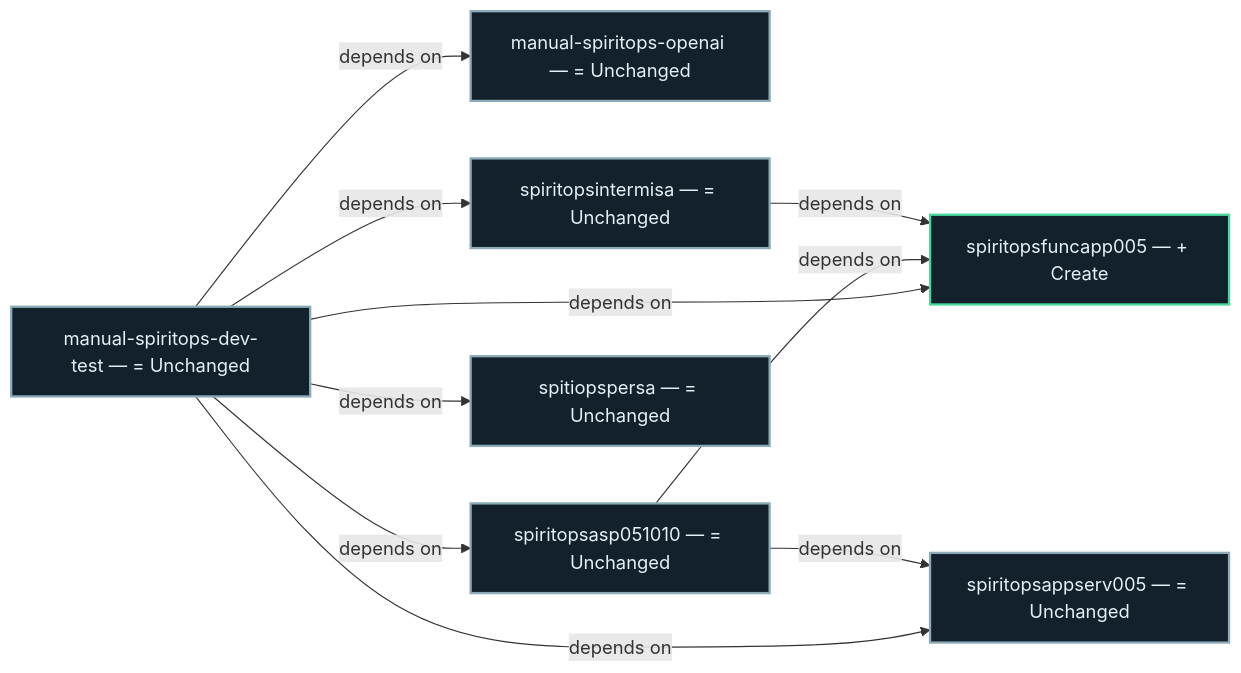
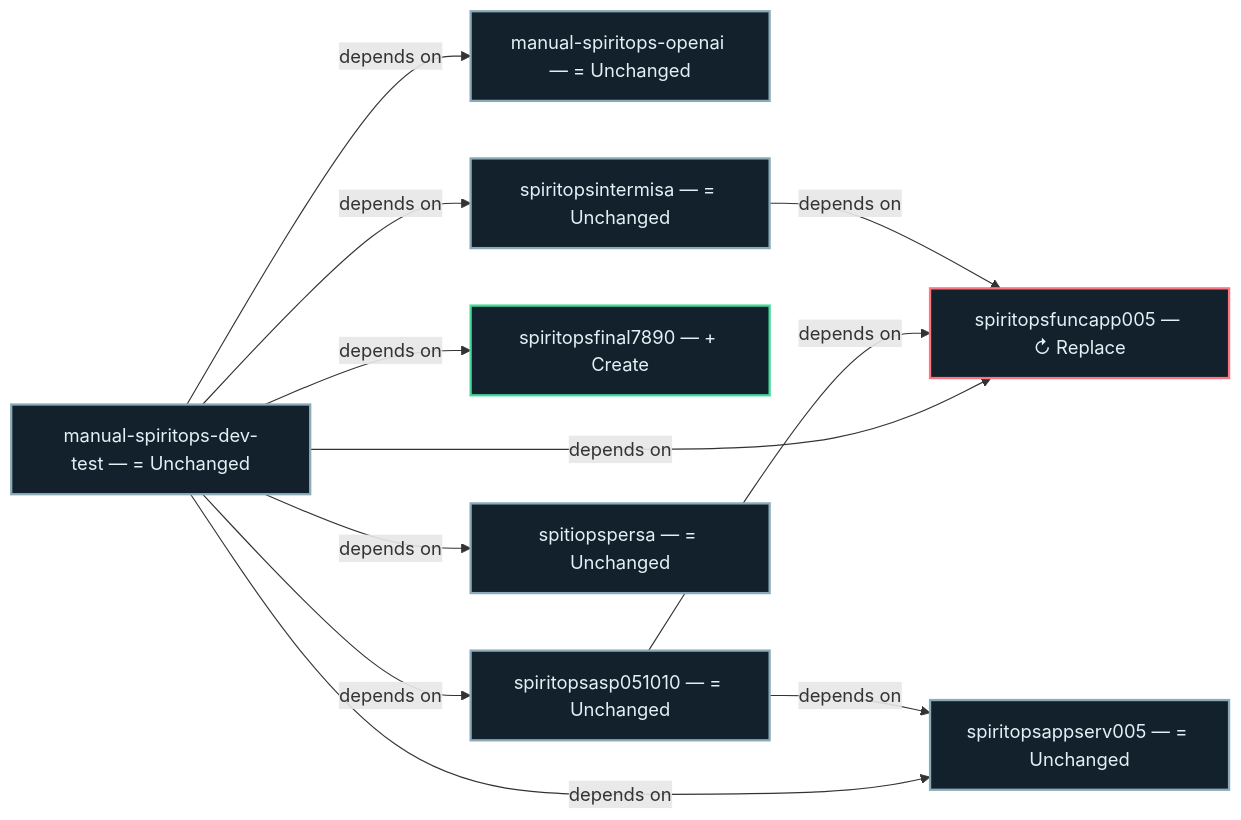
One commit to jeffy555/trainer changed the diagram in .spiritops/architecture/current/graph.mmd. Above: the diagram before and after it, drawn with Mermaid. The commit also changed 12 other files, not shown here.

```diff
--- a/.spiritops/architecture/current/graph.mmd
+++ b/.spiritops/architecture/current/graph.mmd
@@ -1,24 +1,27 @@
 flowchart LR
   n1aa9f996867e10794bd2b5a1f2275eb432aa3a4db42c404cdebfda587b0256b3["manual-spiritops-openai — #61; Unchanged"]
   style n1aa9f996867e10794bd2b5a1f2275eb432aa3a4db42c404cdebfda587b0256b3 fill:#12212b,color:#e5f0f6,stroke:#8cabb9,stroke-width:2px
-  n10530d51504cd49f03a7cbe387ef4d150e1d94ff11acc6a0b7c0211cd01231c7["spiritopsfuncapp005 — #43; Create"]
-  style n10530d51504cd49f03a7cbe387ef4d150e1d94ff11acc6a0b7c0211cd01231c7 fill:#12212b,color:#e5f0f6,stroke:#45d99b,stroke-width:2px
+  n10530d51504cd49f03a7cbe387ef4d150e1d94ff11acc6a0b7c0211cd01231c7["spiritopsfuncapp005 — #8635; Replace"]
+  style n10530d51504cd49f03a7cbe387ef4d150e1d94ff11acc6a0b7c0211cd01231c7 fill:#12212b,color:#e5f0f6,stroke:#ff747e,stroke-width:2px
   n8e04e6d34a51908ca4b2ae6edcc641e2a70247b9d5101fc6a3b7574c93f6564e["spiritopsappserv005 — #61; Unchanged"]
   style n8e04e6d34a51908ca4b2ae6edcc641e2a70247b9d5101fc6a3b7574c93f6564e fill:#12212b,color:#e5f0f6,stroke:#8cabb9,stroke-width:2px
   n762d54d5e87c26e298ce643b383efc403b4346c891c587d0daa9444031c4ce6e["manual-spiritops-dev-test — #61; Unchanged"]
   style n762d54d5e87c26e298ce643b383efc403b4346c891c587d0daa9444031c4ce6e fill:#12212b,color:#e5f0f6,stroke:#8cabb9,stroke-width:2px
   n2a20be5e1e1cbea10bfd76484e82596dba6ac7b5819158bd99ab027bd4d50692["spiritopsasp051010 — #61; Unchanged"]
   style n2a20be5e1e1cbea10bfd76484e82596dba6ac7b5819158bd99ab027bd4d50692 fill:#12212b,color:#e5f0f6,stroke:#8cabb9,stroke-width:2px
+  n48cc5de02cf54fc89a26ed5b565c9a28931dee19464aa0074587c2324a6c945a["spiritopsfinal7890 — #43; Create"]
+  style n48cc5de02cf54fc89a26ed5b565c9a28931dee19464aa0074587c2324a6c945a fill:#12212b,color:#e5f0f6,stroke:#45d99b,stroke-width:2px
   ned6471c8e21752241dfd57f74e15eebbde7c642bd0bb4ce5e98cc8ae96e3c8fa["spiritopsintermisa — #61; Unchanged"]
   style ned6471c8e21752241dfd57f74e15eebbde7c642bd0bb4ce5e98cc8ae96e3c8fa fill:#12212b,color:#e5f0f6,stroke:#8cabb9,stroke-width:2px
   n70deea79ecff8272da901319ddd7fdcd91f10f951aa46cc4598df86b5d585375["spitiopspersa — #61; Unchanged"]
   style n70deea79ecff8272da901319ddd7fdcd91f10f951aa46cc4598df86b5d585375 fill:#12212b,color:#e5f0f6,stroke:#8cabb9,stroke-width:2px
   n762d54d5e87c26e298ce643b383efc403b4346c891c587d0daa9444031c4ce6e -->|"depends on"| n1aa9f996867e10794bd2b5a1f2275eb432aa3a4db42c404cdebfda587b0256b3
   n762d54d5e87c26e298ce643b383efc403b4346c891c587d0daa9444031c4ce6e -->|"depends on"| n10530d51504cd49f03a7cbe387ef4d150e1d94ff11acc6a0b7c0211cd01231c7
   n762d54d5e87c26e298ce643b383efc403b4346c891c587d0daa9444031c4ce6e -->|"depends on"| n8e04e6d34a51908ca4b2ae6edcc641e2a70247b9d5101fc6a3b7574c93f6564e
   n762d54d5e87c26e298ce643b383efc403b4346c891c587d0daa9444031c4ce6e -->|"depends on"| n2a20be5e1e1cbea10bfd76484e82596dba6ac7b5819158bd99ab027bd4d50692
+  n762d54d5e87c26e298ce643b383efc403b4346c891c587d0daa9444031c4ce6e -->|"depends on"| n48cc5de02cf54fc89a26ed5b565c9a28931dee19464aa0074587c2324a6c945a
   n762d54d5e87c26e298ce643b383efc403b4346c891c587d0daa9444031c4ce6e -->|"depends on"| ned6471c8e21752241dfd57f74e15eebbde7c642bd0bb4ce5e98cc8ae96e3c8fa
   n762d54d5e87c26e298ce643b383efc403b4346c891c587d0daa9444031c4ce6e -->|"depends on"| n70deea79ecff8272da901319ddd7fdcd91f10f951aa46cc4598df86b5d585375
   n2a20be5e1e1cbea10bfd76484e82596dba6ac7b5819158bd99ab027bd4d50692 -->|"depends on"| n10530d51504cd49f03a7cbe387ef4d150e1d94ff11acc6a0b7c0211cd01231c7
   n2a20be5e1e1cbea10bfd76484e82596dba6ac7b5819158bd99ab027bd4d50692 -->|"depends on"| n8e04e6d34a51908ca4b2ae6edcc641e2a70247b9d5101fc6a3b7574c93f6564e
   ned6471c8e21752241dfd57f74e15eebbde7c642bd0bb4ce5e98cc8ae96e3c8fa -->|"depends on"| n10530d51504cd49f03a7cbe387ef4d150e1d94ff11acc6a0b7c0211cd01231c7
```
